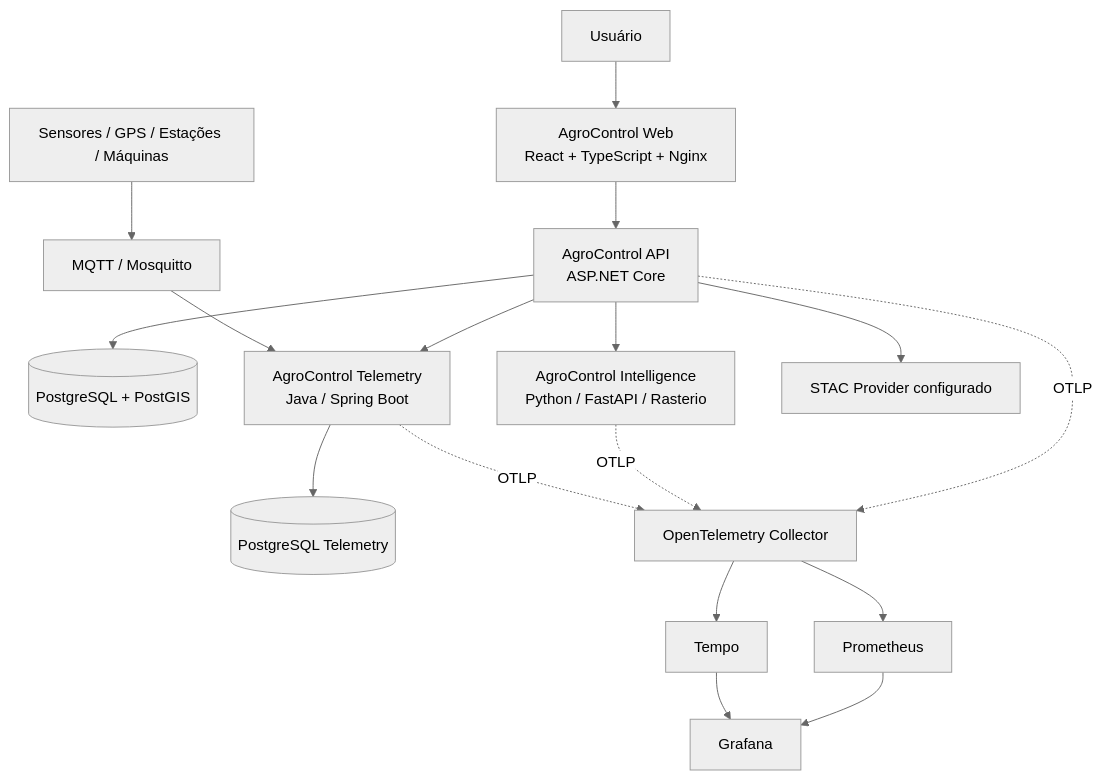
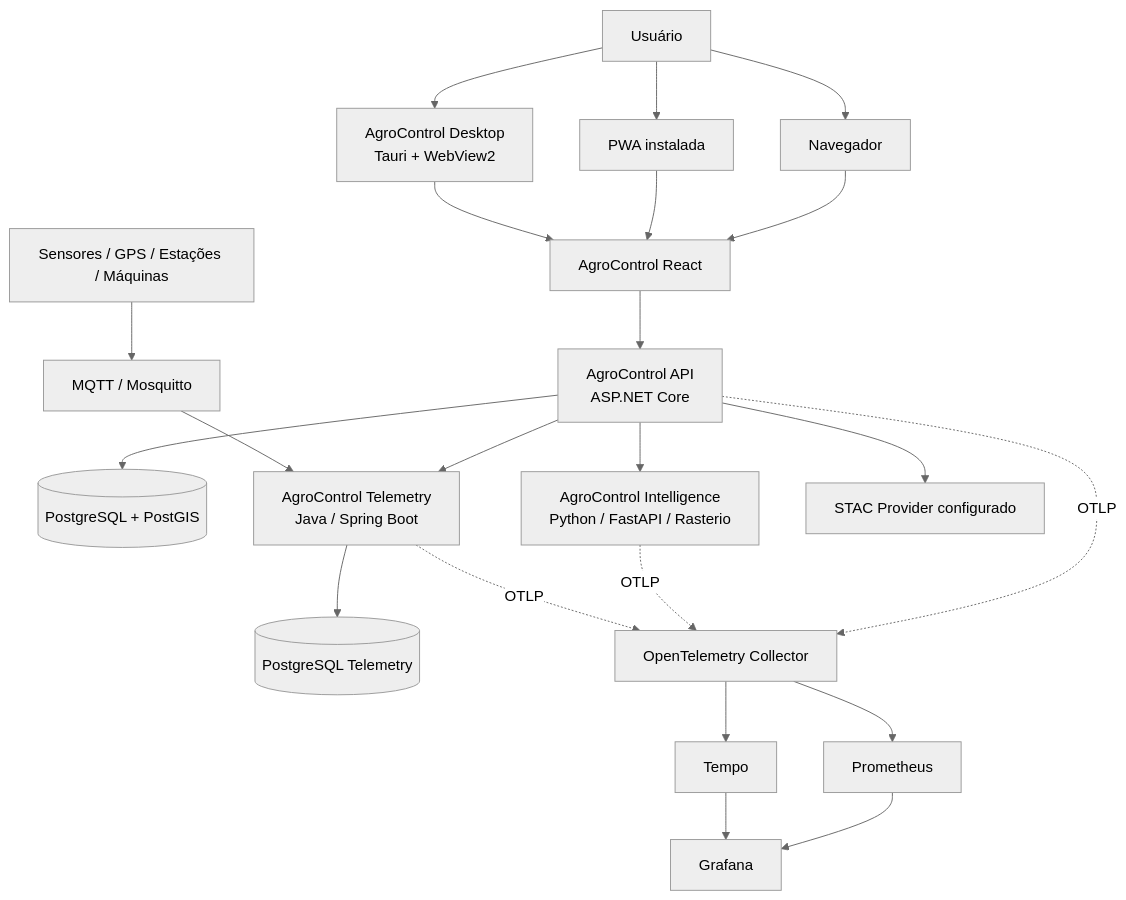
One commit to M4rc3low/AgroControl changed the diagram in docs/ARCHITECTURE.md. Above: the diagram before and after it, drawn with Mermaid (neutral theme). The commit also changed other lines of this file and 23 other files, not shown here.

First line of the commit message:
feat: Sprint 20 installable Web and Windows desktop (#58)

````diff
--- a/docs/ARCHITECTURE.md
+++ b/docs/ARCHITECTURE.md
@@ -22,22 +29,28 @@
 ```mermaid
 flowchart TB
-    USER[Usuário] --> WEB[AgroControl Web\nReact + TypeScript + Nginx]
+    USER[Usuário] --> BROWSER[Navegador]
+    USER --> PWA[PWA instalada]
+    USER --> DESKTOP[AgroControl Desktop\nTauri + WebView2]
+
+    BROWSER --> WEB[AgroControl React]
+    PWA --> WEB
+    DESKTOP --> WEB
+
     WEB --> API[AgroControl API\nASP.NET Core]
-
     API --> CORE[(PostgreSQL + PostGIS)]
     API --> INT[AgroControl Intelligence\nPython / FastAPI / Rasterio]
     API --> TEL[AgroControl Telemetry\nJava / Spring Boot]
     API --> STAC[STAC Provider configurado]
 
     DEVICES[Sensores / GPS / Estações / Máquinas] --> MQTT[MQTT / Mosquitto]
     MQTT --> TEL
     TEL --> TDB[(PostgreSQL Telemetry)]
 
     API -. OTLP .-> OTEL[OpenTelemetry Collector]
     INT -. OTLP .-> OTEL
     TEL -. OTLP .-> OTEL
     OTEL --> TEMPO[Tempo]
     OTEL --> PROM[Prometheus]
     PROM --> GRAFANA[Grafana]
     TEMPO --> GRAFANA
 ```
````
